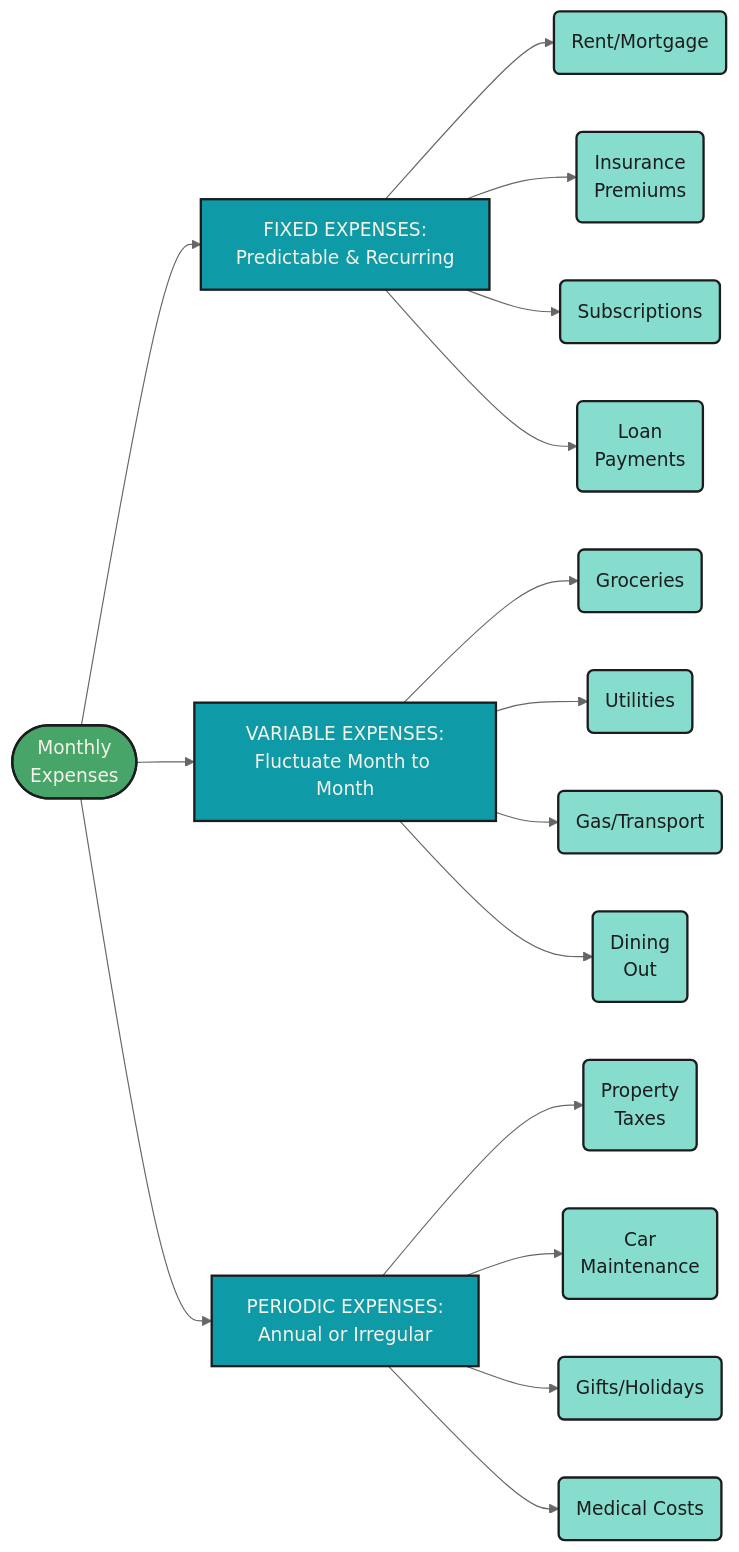
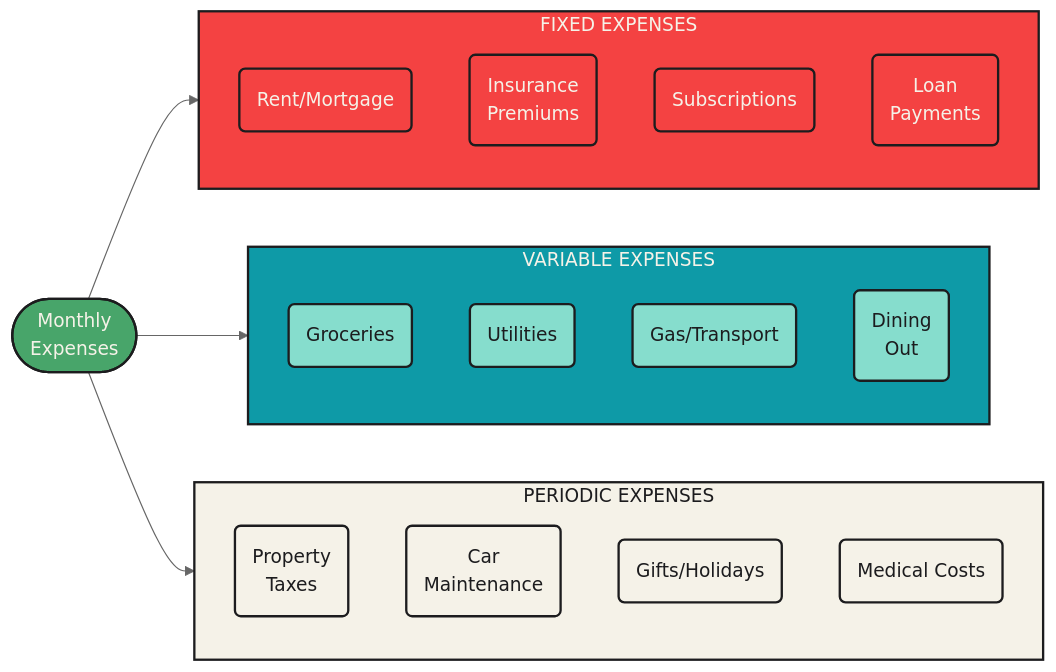
One commit to mjfrigaard/fm-finance changed the first of 4 diagrams in budgeting.qmd. Above: the diagram before and after it, drawn with Mermaid. The commit also changed other lines of this file and 4 other files, not shown here.

````diff
--- a/budgeting.qmd
+++ b/budgeting.qmd
@@ -64,41 +74,55 @@
 ```{mermaid}
 %%| fig-cap: 'Fixed vs. Variable Expenses'
 %%| fig-align: center
 %%{init: {'theme': 'neutral', 'themeVariables': { 'fontFamily': 'monospace', "fontSize":"16px"}}}%%
 
 flowchart LR
-    Expenses(["Monthly<br>Expenses"]) --> Fixed["FIXED EXPENSES:<br/>Predictable & Recurring"]
-    Expenses --> Variable["VARIABLE EXPENSES:<br/>Fluctuate Month to Month"]
-    Expenses --> Periodic["PERIODIC EXPENSES:<br/>Annual or Irregular"]
 
-    Fixed --> Rent("Rent/Mortgage")
-    Fixed --> Insurance("Insurance<br>Premiums")
-    Fixed --> Subs("Subscriptions")
-    Fixed --> Loans("Loan<br>Payments")
+    Expenses(["Monthly<br>Expenses"])
+    
+    subgraph Fixed["FIXED EXPENSES"]
+        Rent("Rent/Mortgage")
+        Insurance("Insurance<br>Premiums")
+        Subs("Subscriptions")
+        Loans("Loan<br>Payments")
+    end
+    
+    subgraph Variable["VARIABLE EXPENSES"]
+        Groceries("Groceries")
+        Utilities("Utilities")
+        Gas("Gas/Transport")
+        Dining("Dining<br>Out")
+    end
 
-    Variable --> Groceries("Groceries")
-    Variable --> Utilities("Utilities")
-    Variable --> Gas("Gas/Transport")
-    Variable --> Dining("Dining<br>Out")
-
-    Periodic --> Taxes("Property<br>Taxes")
-    Periodic --> CarMaint("Car<br>Maintenance")
-    Periodic --> Gifts("Gifts/Holidays")
-    Periodic --> Medical("Medical Costs")
+    subgraph Periodic["PERIODIC EXPENSES"]
+        Taxes("Property<br>Taxes")
+        CarMaint("Car<br>Maintenance")
+        Gifts("Gifts/Holidays")
+        Medical("Medical Costs")
+    end
+    
+    Expenses --> Fixed  
+    Expenses --> Variable 
+    Expenses --> Periodic
+    
     style Expenses fill:#48a56a,color:#F5F2E8,stroke:#1C1C1E,stroke-width:2px
-    style Fixed fill:#0e9aa7,color:#F5F2E8,stroke:#1C1C1E,stroke-width:2px
+    
+    style Fixed fill:#f44242,color:#F5F2E8,stroke:#1C1C1E,stroke-width:2px
+    style Rent fill:#f44242,color:#F5F2E8,stroke:#1C1C1E,stroke-width:2px
+    style Insurance fill:#f44242,color:#F5F2E8,stroke:#1C1C1E,stroke-width:2px
+    style Subs fill:#f44242,color:#F5F2E8,stroke:#1C1C1E,stroke-width:2px
+    style Loans fill:#f44242,color:#F5F2E8,stroke:#1C1C1E,stroke-width:2px
+    
     style Variable fill:#0e9aa7,color:#F5F2E8,stroke:#1C1C1E,stroke-width:2px
-    style Periodic fill:#0e9aa7,color:#F5F2E8,stroke:#1C1C1E,stroke-width:2px
-    style Rent fill:#86ddcd,color:#1C1C1E,stroke:#1C1C1E,stroke-width:2px
-    style Insurance fill:#86ddcd,color:#1C1C1E,stroke:#1C1C1E,stroke-width:2px
-    style Subs fill:#86ddcd,color:#1C1C1E,stroke:#1C1C1E,stroke-width:2px
-    style Loans fill:#86ddcd,color:#1C1C1E,stroke:#1C1C1E,stroke-width:2px
     style Groceries fill:#86ddcd,color:#1C1C1E,stroke:#1C1C1E,stroke-width:2px
     style Utilities fill:#86ddcd,color:#1C1C1E,stroke:#1C1C1E,stroke-width:2px
     style Gas fill:#86ddcd,color:#1C1C1E,stroke:#1C1C1E,stroke-width:2px
     style Dining fill:#86ddcd,color:#1C1C1E,stroke:#1C1C1E,stroke-width:2px
-    style Taxes fill:#86ddcd,color:#1C1C1E,stroke:#1C1C1E,stroke-width:2px
-    style CarMaint fill:#86ddcd,color:#1C1C1E,stroke:#1C1C1E,stroke-width:2px
-    style Gifts fill:#86ddcd,color:#1C1C1E,stroke:#1C1C1E,stroke-width:2px
-    style Medical fill:#86ddcd,color:#1C1C1E,stroke:#1C1C1E,stroke-width:2px
+    
+    style Periodic fill:#F5F2E8,color:#1C1C1E,stroke:#1C1C1E,stroke-width:2px
+    style Taxes fill:#F5F2E8,color:#1C1C1E,stroke:#1C1C1E,stroke-width:2px
+    style CarMaint fill:#F5F2E8,color:#1C1C1E,stroke:#1C1C1E,stroke-width:2px
+    style Gifts fill:#F5F2E8,color:#1C1C1E,stroke:#1C1C1E,stroke-width:2px
+    style Medical fill:#F5F2E8,color:#1C1C1E,stroke:#1C1C1E,stroke-width:2px
+    
 ```
````
